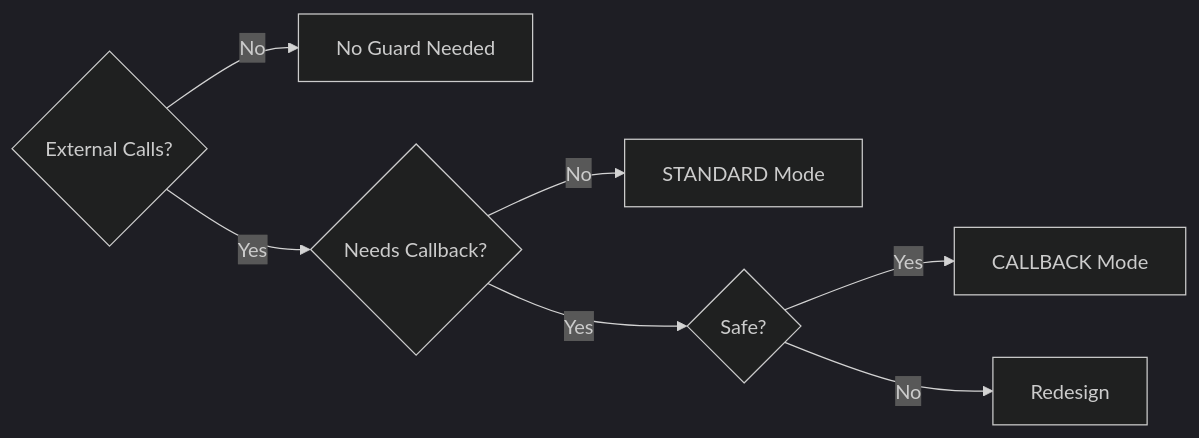
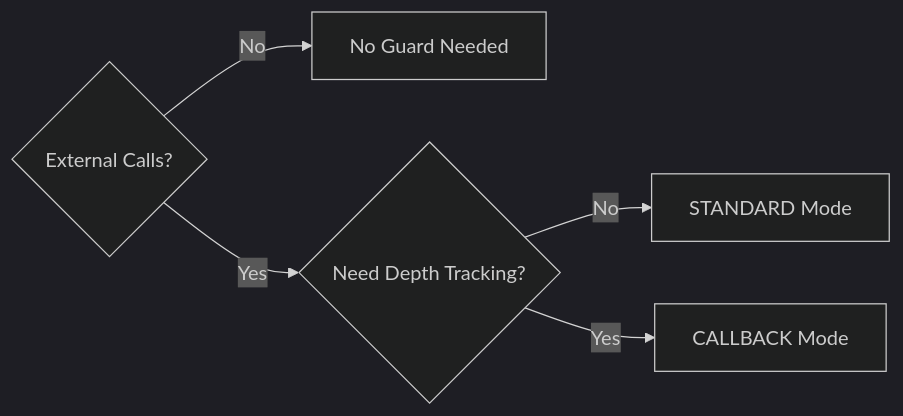
Before and after one commit to btc-vision/btc-runtime: the third of 3 diagrams in docs/core-concepts/security.md, drawn with Mermaid. The commit also changed other lines of this file and 30 other files, not shown here.

````diff
--- a/docs/core-concepts/security.md
+++ b/docs/core-concepts/security.md
@@ -194,14 +194,12 @@
 ```mermaid
 ---
 config:
   theme: dark
 ---
 flowchart LR
     Start{"External Calls?"}
     Start -->|No| None["No Guard Needed"]
-    Start -->|Yes| Callback{"Needs Callback?"}
-    Callback -->|No| Standard["STANDARD Mode"]
-    Callback -->|Yes| Safe{"Safe?"}
-    Safe -->|Yes| CallbackMode["CALLBACK Mode"]
-    Safe -->|No| Redesign["Redesign"]
+    Start -->|Yes| Tracking{"Need Depth Tracking?"}
+    Tracking -->|No| Standard["STANDARD Mode"]
+    Tracking -->|Yes| CallbackMode["CALLBACK Mode"]
 ```
````
